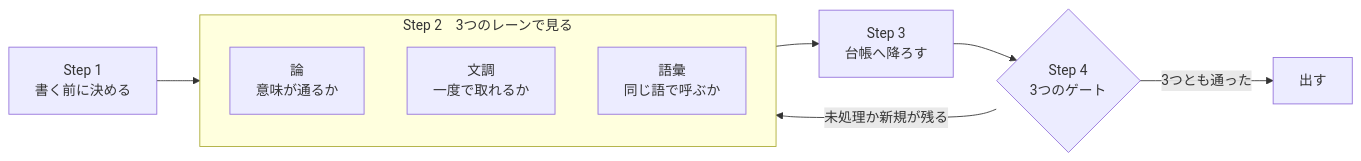
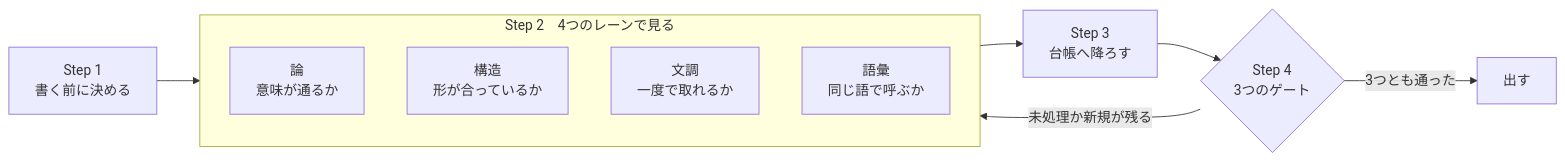
Before and after one commit to daidaiiro-519/waffle: the diagram in .claude/skills/writing-guard/SKILL.md, drawn with Mermaid. The commit also changed other lines of this file and 3 other files, not shown here.

````diff
--- a/.claude/skills/writing-guard/SKILL.md
+++ b/.claude/skills/writing-guard/SKILL.md
@@ -61,14 +62,15 @@
 ```mermaid
 flowchart LR
   S1["Step 1<br/>書く前に決める"] --> L
-  subgraph L["Step 2　3つのレーンで見る"]
+  subgraph L["Step 2　4つのレーンで見る"]
     direction TB
     A["論<br/>意味が通るか"]
+    S["構造<br/>形が合っているか"]
     B["文調<br/>一度で取れるか"]
     C["語彙<br/>同じ語で呼ぶか"]
   end
   L --> S3["Step 3<br/>台帳へ降ろす"]
   S3 --> S4{"Step 4<br/>3つのゲート"}
   S4 -- "未処理か新規が残る" --> L
   S4 -- "3つとも通った" --> OUT["出す"]
 ```
````
